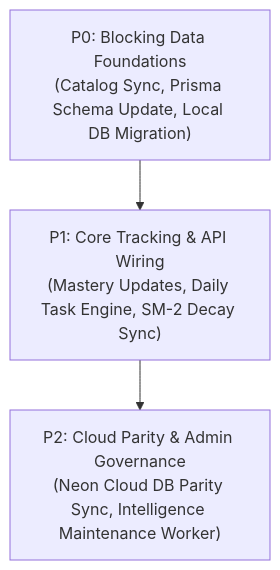
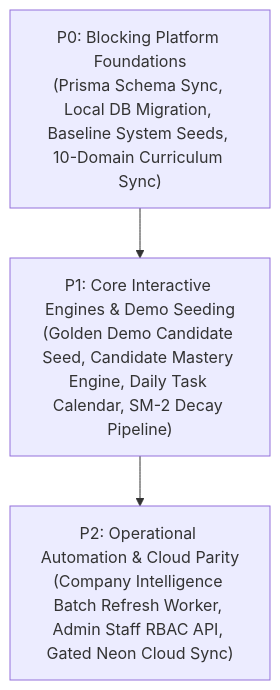
The second of 2 diagrams in docs/DATABASE_ARCHITECTURE_AND_PROGRESS_TRACKING_SPEC.md (imsauravsingh/prepinminutes-backend), drawn with Mermaid before and after one commit. The commit also changed other lines of this file and 9 other files, not shown here.

Commit message:
feat(data-architecture): complete DATA-P0-01 and DATA-P0-02 universal schema and local migration

````diff
--- a/docs/DATABASE_ARCHITECTURE_AND_PROGRESS_TRACKING_SPEC.md
+++ b/docs/DATABASE_ARCHITECTURE_AND_PROGRESS_TRACKING_SPEC.md
@@ -82,8 +53,8 @@
 ```mermaid
 graph TD
-  P0["P0: Blocking Data Foundations<br/>(Catalog Sync, Prisma Schema Update, Local DB Migration)"]
-  P1["P1: Core Tracking & API Wiring<br/>(Mastery Updates, Daily Task Engine, SM-2 Decay Sync)"]
-  P2["P2: Cloud Parity & Admin Governance<br/>(Neon Cloud DB Parity Sync, Intelligence Maintenance Worker)"]
+  P0["P0: Blocking Platform Foundations<br/>(Prisma Schema Sync, Local DB Migration, Baseline System Seeds, 10-Domain Curriculum Sync)"]
+  P1["P1: Core Interactive Engines & Demo Seeding<br/>(Golden Demo Candidate Seed, Candidate Mastery Engine, Daily Task Calendar, SM-2 Decay Pipeline)"]
+  P2["P2: Operational Automation & Cloud Parity<br/>(Company Intelligence Batch Refresh Worker, Admin Staff RBAC API, Gated Neon Cloud Sync)"]
 
   P0 --> P1 --> P2
 ```
````
